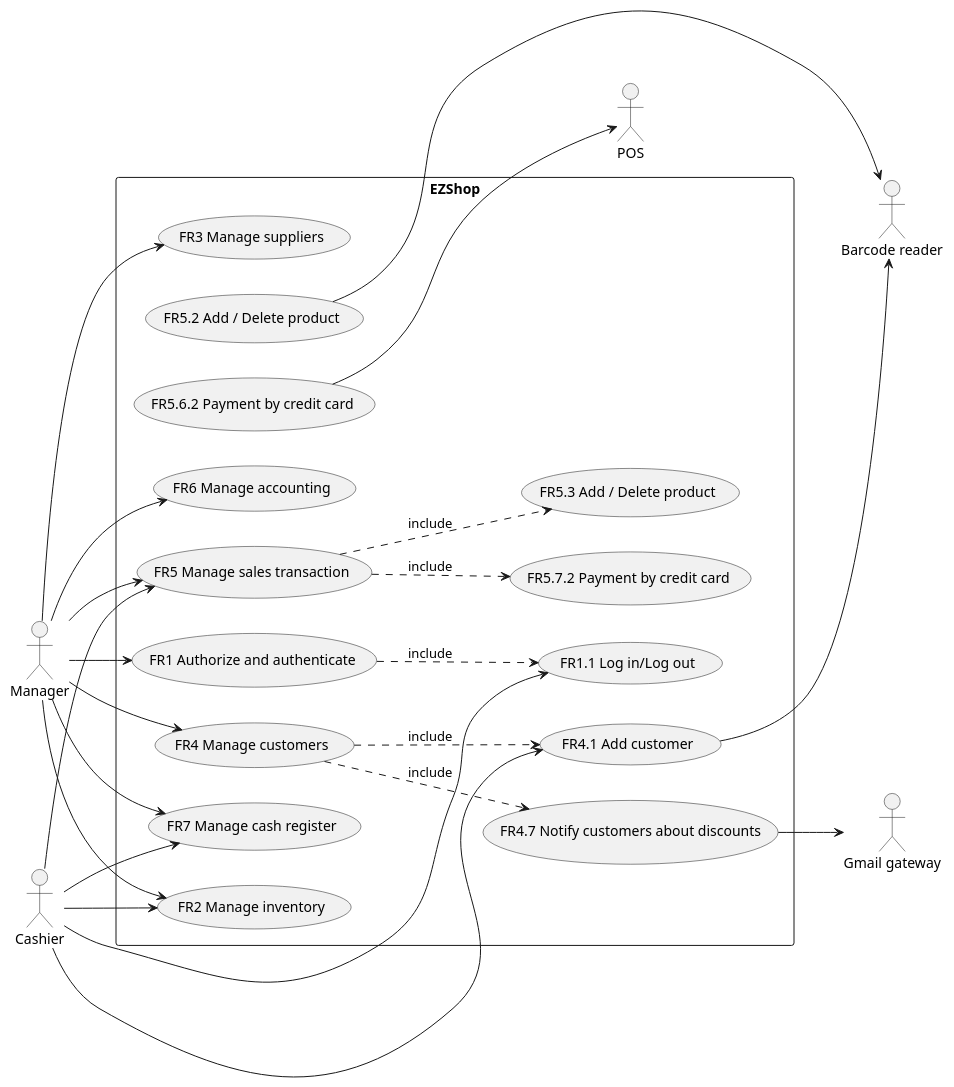
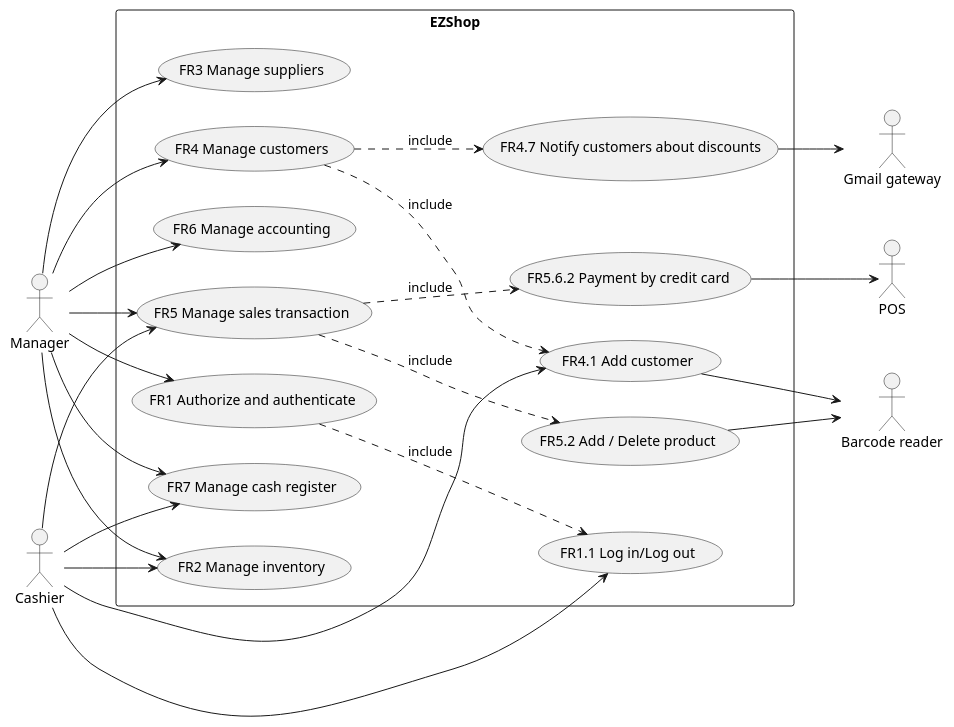
One commit to giuseppesalvi/ezshop changed the second of 5 diagrams in Deliverables/RequirementsDocument.md. Above: the diagram before and after it, drawn with PlantUML. The commit also changed other lines of this file, not shown here.

Commit message:
fixed  usecase diagram appearance, added modify/delete income variants in usecases

````diff
--- a/Deliverables/RequirementsDocument.md
+++ b/Deliverables/RequirementsDocument.md
@@ -157,39 +157,38 @@
 ```plantuml
 left to right direction
 
 actor Manager as m
 actor Cashier as c
 actor POS as p
 actor "Barcode reader" as b
 actor "Gmail gateway" as g
 
 rectangle EZShop{
 (FR1 Authorize and authenticate) .down.> (FR1.1 Log in/Log out) :include
 m --> (FR1 Authorize and authenticate)
 (FR1.1 Log in/Log out) <-- c
 
 m --> (FR2 Manage inventory)
-
+c --> (FR2 Manage inventory)
 m --> (FR3 Manage suppliers)
 
 (FR4 Manage customers) .down.> (FR4.1 Add customer) :include
 (FR4 Manage customers) .down.> (FR4.7 Notify customers about discounts) :include
 m --> (FR4 Manage customers)
 (FR4.1 Add customer) <-- c
 (FR4.1 Add customer) --> b
 (FR4.7 Notify customers about discounts) --> g
 
-(FR5 Manage sales transaction) .down.> (FR5.3 Add / Delete product) :include
-(FR5 Manage sales transaction) .down.> (FR5.7.2 Payment by credit card) :include
+(FR5 Manage sales transaction) .down.> (FR5.2 Add / Delete product) :include
+(FR5 Manage sales transaction) .down.> (FR5.6.2 Payment by credit card) :include
 m --> (FR5 Manage sales transaction)
 c --> (FR5 Manage sales transaction)
 (FR5.2 Add / Delete product) --> b
 (FR5.6.2 Payment by credit card) --> p
 
 m --> (FR6 Manage accounting)
 
 m --> (FR7 Manage cash register)
 c --> (FR7 Manage cash register)
-c --> (FR2 Manage inventory)
 }
 ```
````
